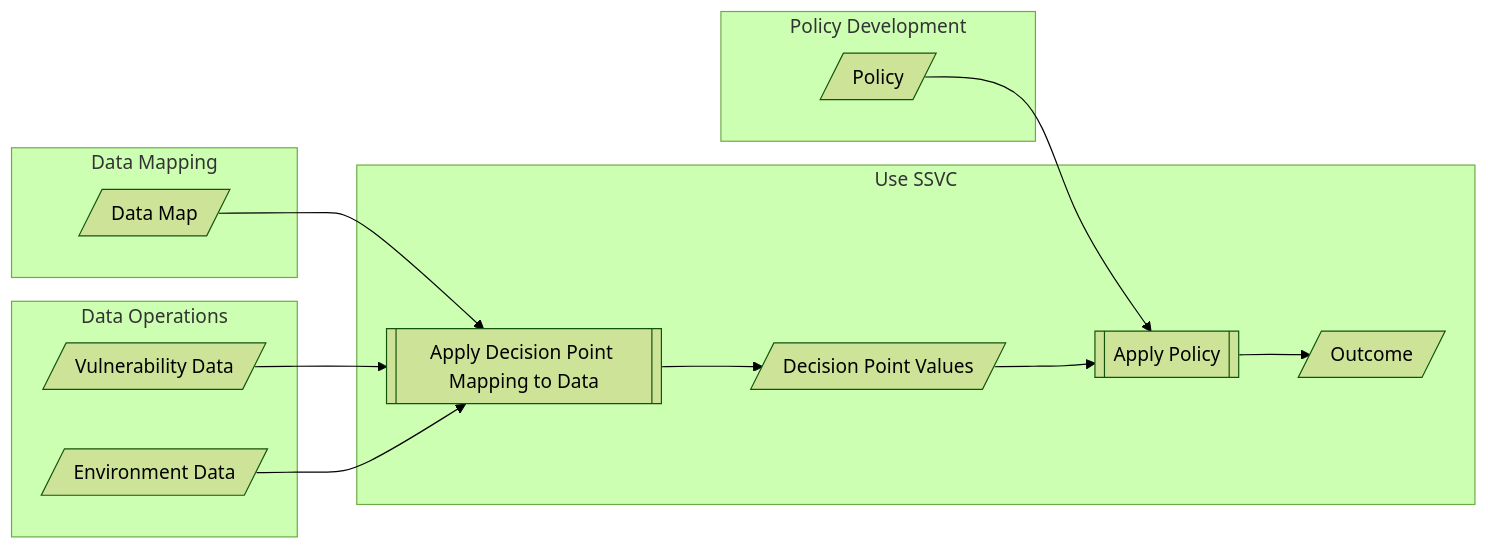
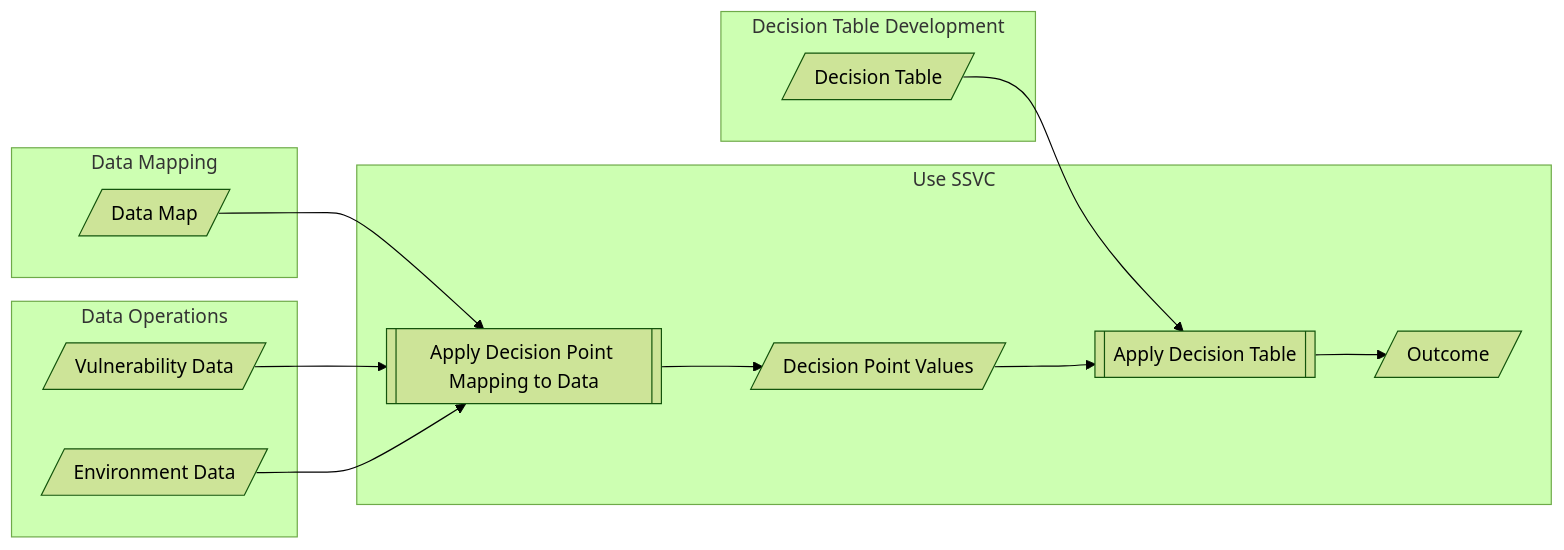
Before and after one commit to CERTCC/SSVC: the first of 2 diagrams in docs/howto/bootstrap/use.md, drawn with Mermaid (forest theme). The commit also changed other lines of this file and 21 other files, not shown here.

Commit message:
change "policy" to "decision table" in relevant docs

````diff
--- a/docs/howto/bootstrap/use.md
+++ b/docs/howto/bootstrap/use.md
@@ -6,26 +6,26 @@
 ```mermaid
 flowchart LR
-    subgraph pd[Policy Development]
-        p[/Policy/]
+    subgraph pd[Decision Table Development]
+        p[/Decision Table/]
     end
     subgraph dmp[Data Mapping]
         dm[/Data Map/]
     end
     subgraph do[Data Operations]
         vd[/Vulnerability Data/]    
         ed[/Environment Data/]
     end
     subgraph runtime [Use SSVC]
         mdp[[Apply Decision Point Mapping to Data]]
         dp[/Decision Point Values/]
-        ap[[Apply Policy]]
+        ap[[Apply Decision Table]]
         oc[/Outcome/]
     end
     dm --> mdp
     vd --> mdp
     ed --> mdp
     mdp --> dp
     p --> ap
     dp --> ap
     ap --> oc
 ```
````
